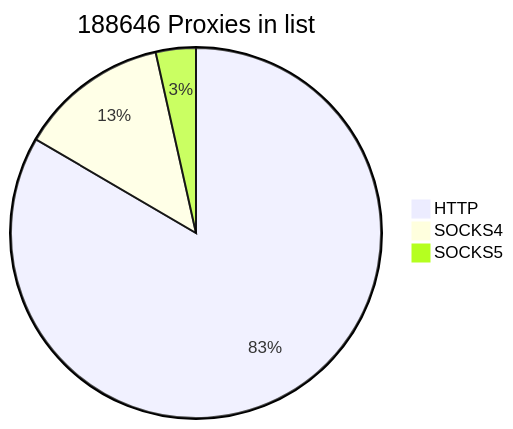
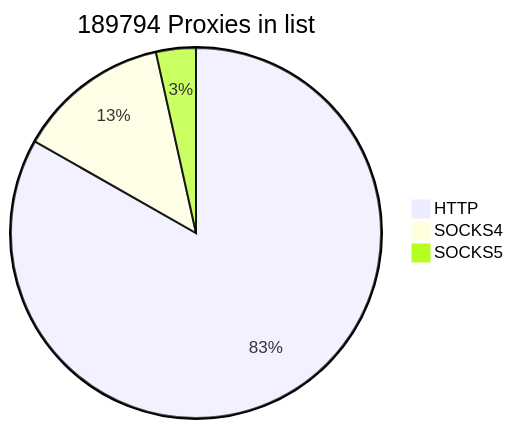
Before and after one commit to cutipu/proxylist: the first of 2 diagrams in README.md, drawn with Mermaid. The commit also changed other lines of this file, not shown here.

````diff
--- a/README.md
+++ b/README.md
@@ -2,7 +2,7 @@
 ```mermaid
-pie title 188646 Proxies in list
-    "HTTP" : 157380
-    "SOCKS4" : 24668
-    "SOCKS5" : 6598
+pie title 189794 Proxies in list
+    "HTTP" : 157960
+    "SOCKS4" : 25238
+    "SOCKS5" : 6596
             
 ```
````
